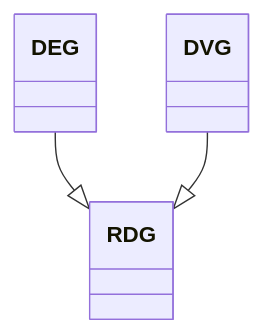
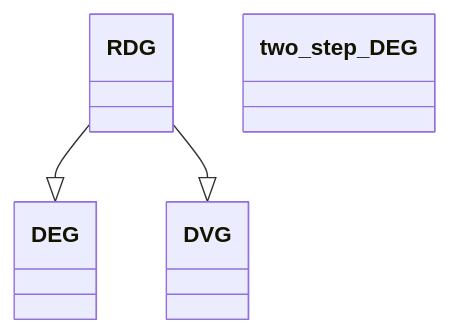
One commit to singrum/generalized-geography changed the diagram in README.md. Above: the diagram before and after it, drawn with Mermaid.

````diff
--- a/README.md
+++ b/README.md
@@ -42,9 +42,11 @@
 ```mermaid
 classDiagram
     class RDG
     class DEG
     class DVG
+    class two_step_DEG
 
-    DEG --|> RDG
-    DVG --|> RDG
+    RDG --|> DEG
+    RDG --|> DVG
+    two_step_DEG
 ```
````
